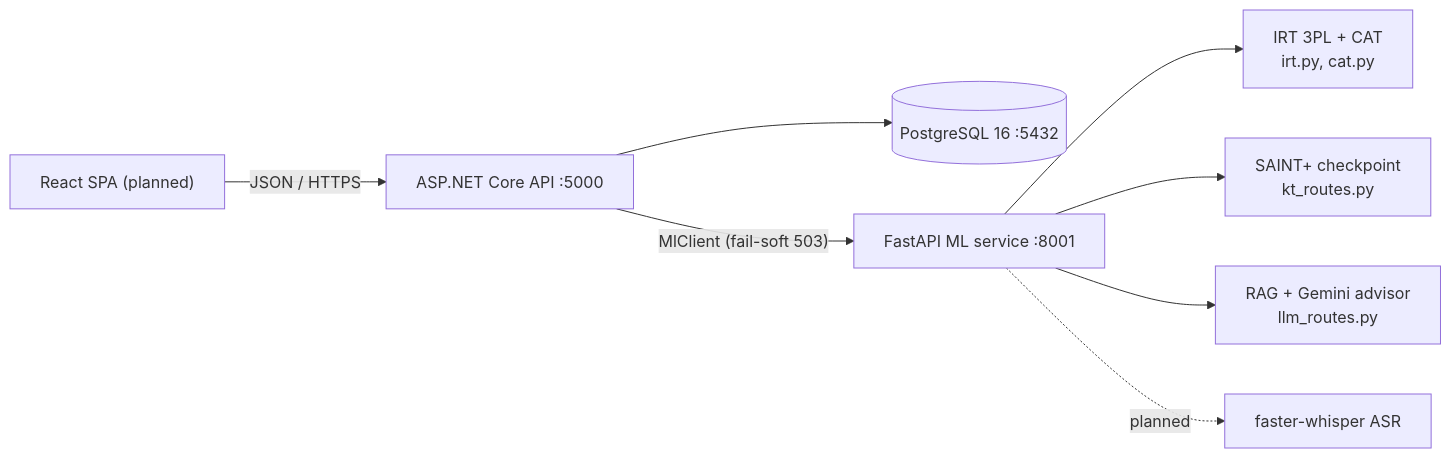
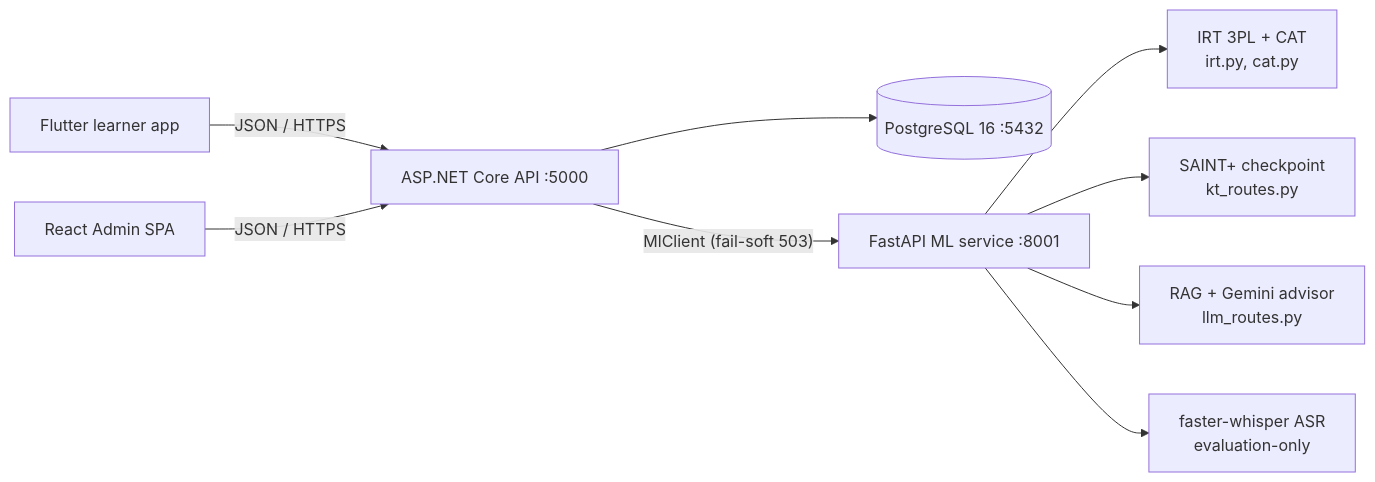
One commit to Anroiy123/LingoRoad changed the diagram in docs/system-architecture.md. Above: the diagram before and after it, drawn with Mermaid. The commit also changed other lines of this file and 45 other files, not shown here.

Commit message:
feat(practice): secure advanced AI learning flows

````diff
--- a/docs/system-architecture.md
+++ b/docs/system-architecture.md
@@ -46,10 +48,11 @@
 ```mermaid
 flowchart LR
-    FE["React SPA (planned)"] -->|"JSON / HTTPS"| API["ASP.NET Core API :5000"]
+    FE["Flutter learner app"] -->|"JSON / HTTPS"| API["ASP.NET Core API :5000"]
+    ADMIN["React Admin SPA"] -->|"JSON / HTTPS"| API
     API --> DB[("PostgreSQL 16 :5432")]
     API -->|"MlClient (fail-soft 503)"| ML["FastAPI ML service :8001"]
     ML --> IRT["IRT 3PL + CAT<br/>irt.py, cat.py"]
     ML --> KT["SAINT+ checkpoint<br/>kt_routes.py"]
     ML --> RAG["RAG + Gemini advisor<br/>llm_routes.py"]
-    ML -.->|planned| ASR["faster-whisper ASR"]
+    ML --> ASR["faster-whisper ASR<br/>evaluation-only"]
 ```
````
